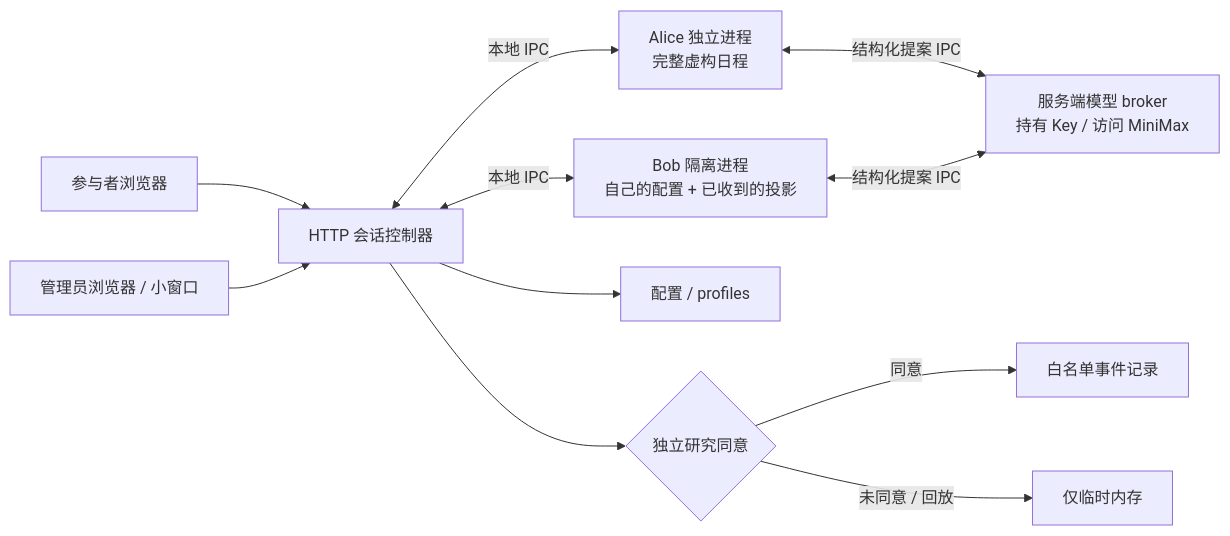
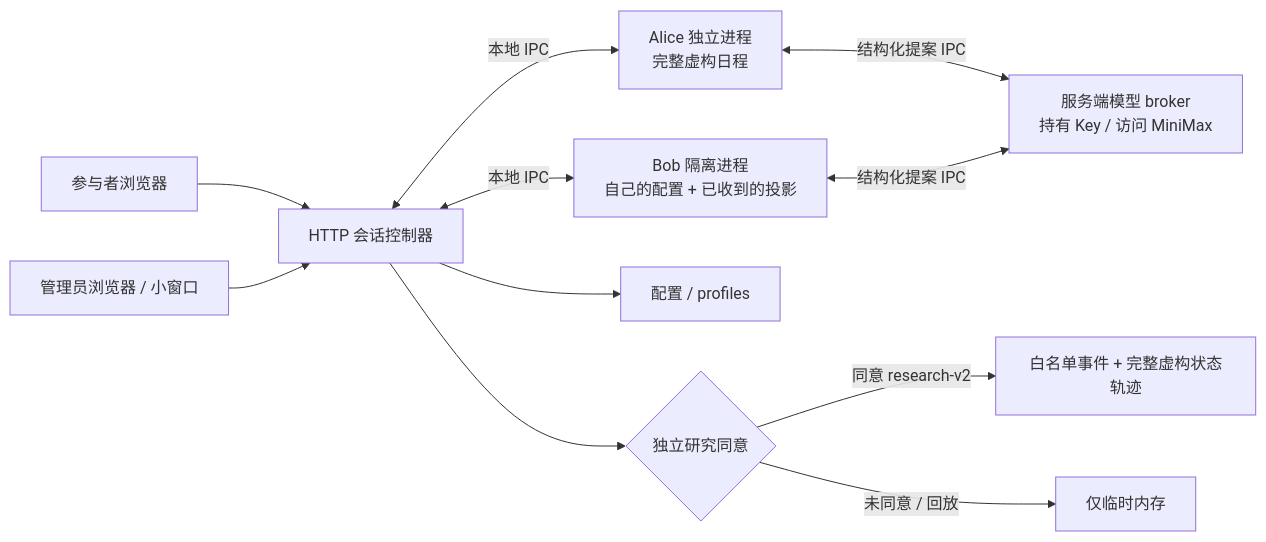
Before and after one commit to BillShiyaoZhang/agent-on-request: the third of 3 diagrams in README.md, drawn with Mermaid. The commit also changed other lines of this file and 32 other files, not shown here.

````diff
--- a/README.md
+++ b/README.md
@@ -92,13 +103,13 @@
 ```mermaid
 flowchart LR
     P[参与者浏览器] --> C[HTTP 会话控制器]
     R[管理员浏览器 / 小窗口] --> C
     C <-->|本地 IPC| A[Alice 独立进程\n完整虚构日程]
     C <-->|本地 IPC| B[Bob 隔离进程\n自己的配置 + 已收到的投影]
     A <-->|结构化提案 IPC| L[服务端模型 broker\n持有 Key / 访问 MiniMax]
     B <-->|结构化提案 IPC| L
     C --> S[配置 / profiles]
     C --> G{独立研究同意}
-    G -->|同意| D[白名单事件记录]
+    G -->|同意 research-v2| D[白名单事件 + 完整虚构状态轨迹]
     G -->|未同意 / 回放| M[仅临时内存]
 ```
````
